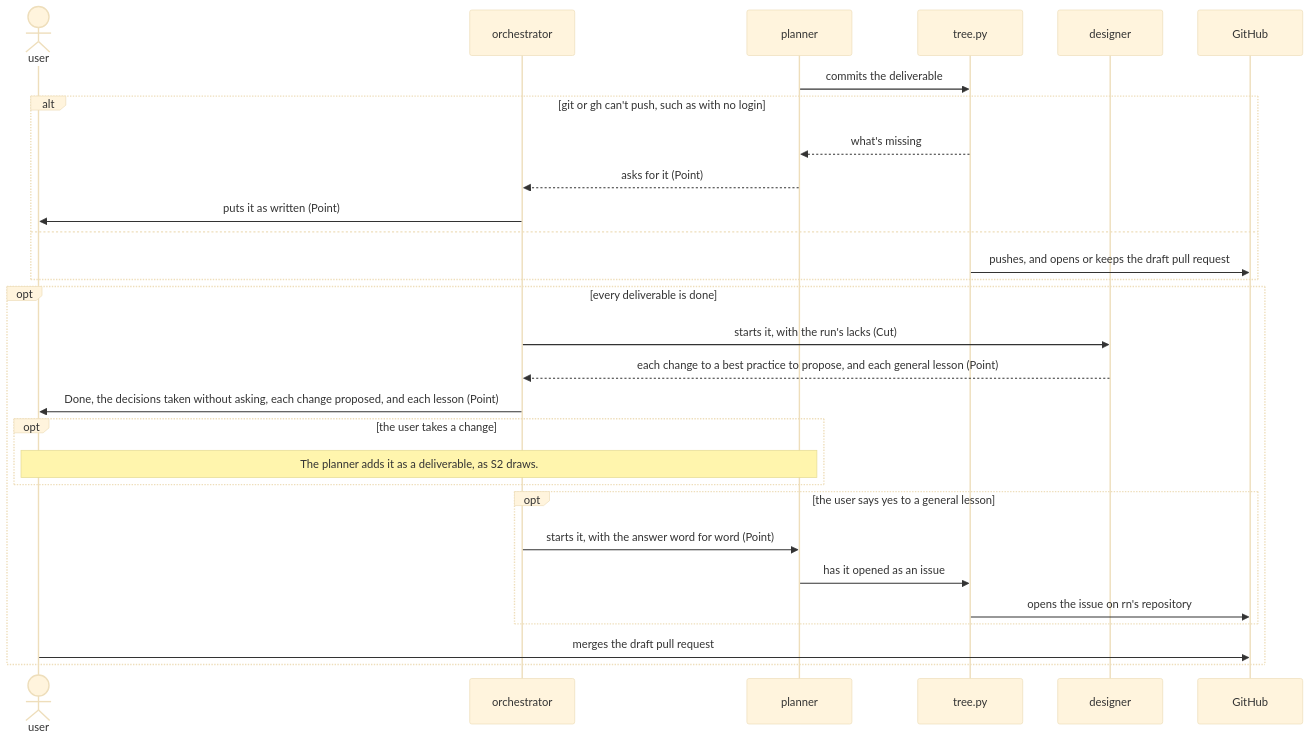
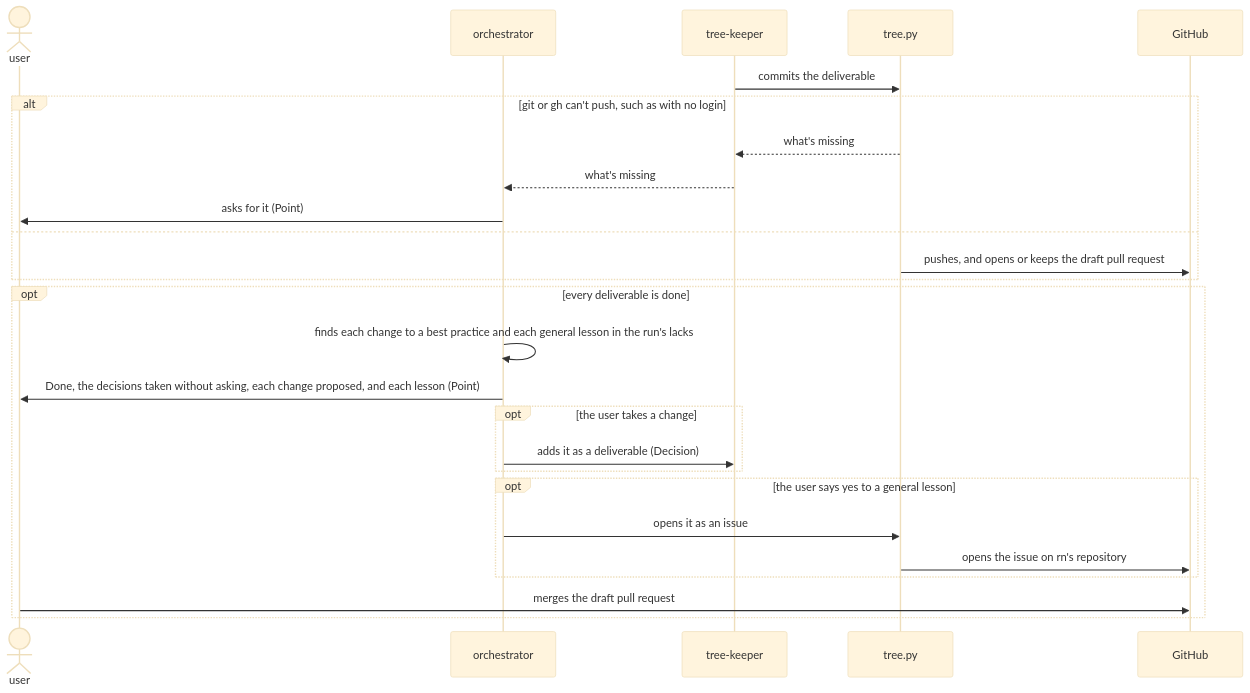
One commit to lovaizu/ccpm changed the fifth of 5 diagrams in dev/rn/architecture.md. Above: the diagram before and after it, drawn with Mermaid (base theme). The commit also changed other lines of this file and 5 other files, not shown here.

````diff
--- a/dev/rn/architecture.md
+++ b/dev/rn/architecture.md
@@ -261,31 +262,28 @@
 ```mermaid
 sequenceDiagram
   actor U as user
   participant O as orchestrator
-  participant P as planner
+  participant K as tree-keeper
   participant T as tree.py
-  participant D as designer
   participant GH as GitHub
-  P->>T: commits the deliverable
+  K->>T: commits the deliverable
   alt git or gh can't push, such as with no login
-    T-->>P: what's missing
-    P-->>O: asks for it (Point)
-    O->>U: puts it as written (Point)
+    T-->>K: what's missing
+    K-->>O: what's missing
+    O->>U: asks for it (Point)
   else
     T->>GH: pushes, and opens or keeps the draft pull request
   end
   opt every deliverable is done
-    O->>D: starts it, with the run's lacks (Cut)
-    D-->>O: each change to a best practice to propose, and each general lesson (Point)
+    O->>O: finds each change to a best practice and each general lesson in the run's lacks
     O->>U: Done, the decisions taken without asking, each change proposed, and each lesson (Point)
     opt the user takes a change
-      Note over U,P: The planner adds it as a deliverable, as S2 draws.
+      O->>K: adds it as a deliverable (Decision)
     end
     opt the user says yes to a general lesson
-      O->>P: starts it, with the answer word for word (Point)
-      P->>T: has it opened as an issue
+      O->>T: opens it as an issue
       T->>GH: opens the issue on rn's repository
     end
     U->>GH: merges the draft pull request
   end
 ```
````
